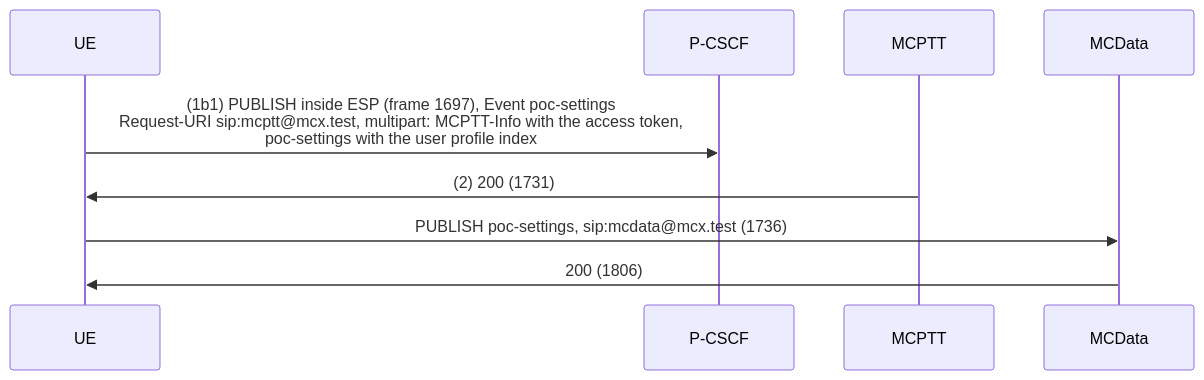
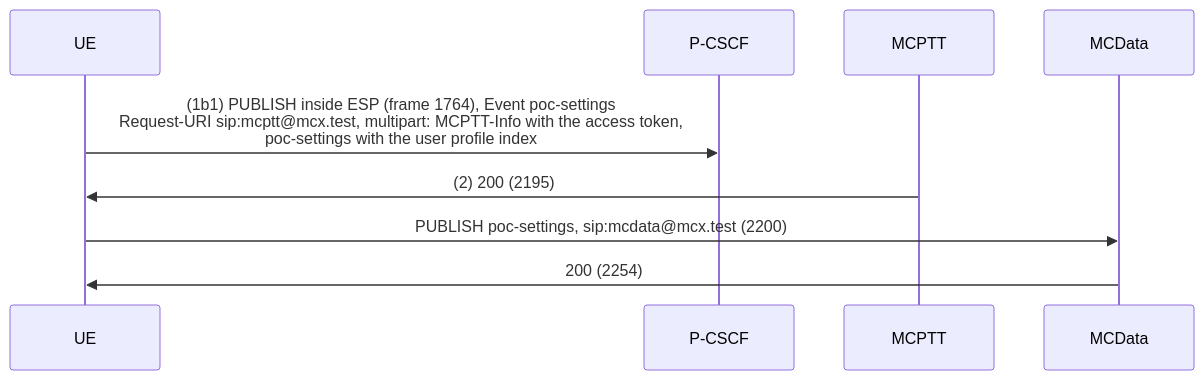
Before and after one commit to openMCX/openmcx-server: the sixth of 9 diagrams in tutorials/end-to-end/10-openmcx-ue-conformance-check/CALL_FLOW.md, drawn with Mermaid. The commit also changed other lines of this file and 6 other files, not shown here.

````diff
--- a/tutorials/end-to-end/10-openmcx-ue-conformance-check/CALL_FLOW.md
+++ b/tutorials/end-to-end/10-openmcx-ue-conformance-check/CALL_FLOW.md
@@ -199,11 +199,11 @@
 ```mermaid
 sequenceDiagram
     participant UE
     participant PC as P-CSCF
     participant AS as MCPTT
     participant MD as MCData
-    UE->>PC: (1b1) PUBLISH inside ESP (frame 1697), Event poc-settings<br/>Request-URI sip:mcptt@mcx.test, multipart: MCPTT-Info with the access token,<br/>poc-settings with the user profile index
-    AS->>UE: (2) 200 (1731)
-    UE->>MD: PUBLISH poc-settings, sip:mcdata@mcx.test (1736)
-    MD->>UE: 200 (1806)
+    UE->>PC: (1b1) PUBLISH inside ESP (frame 1764), Event poc-settings<br/>Request-URI sip:mcptt@mcx.test, multipart: MCPTT-Info with the access token,<br/>poc-settings with the user profile index
+    AS->>UE: (2) 200 (2195)
+    UE->>MD: PUBLISH poc-settings, sip:mcdata@mcx.test (2200)
+    MD->>UE: 200 (2254)
 ```
````
